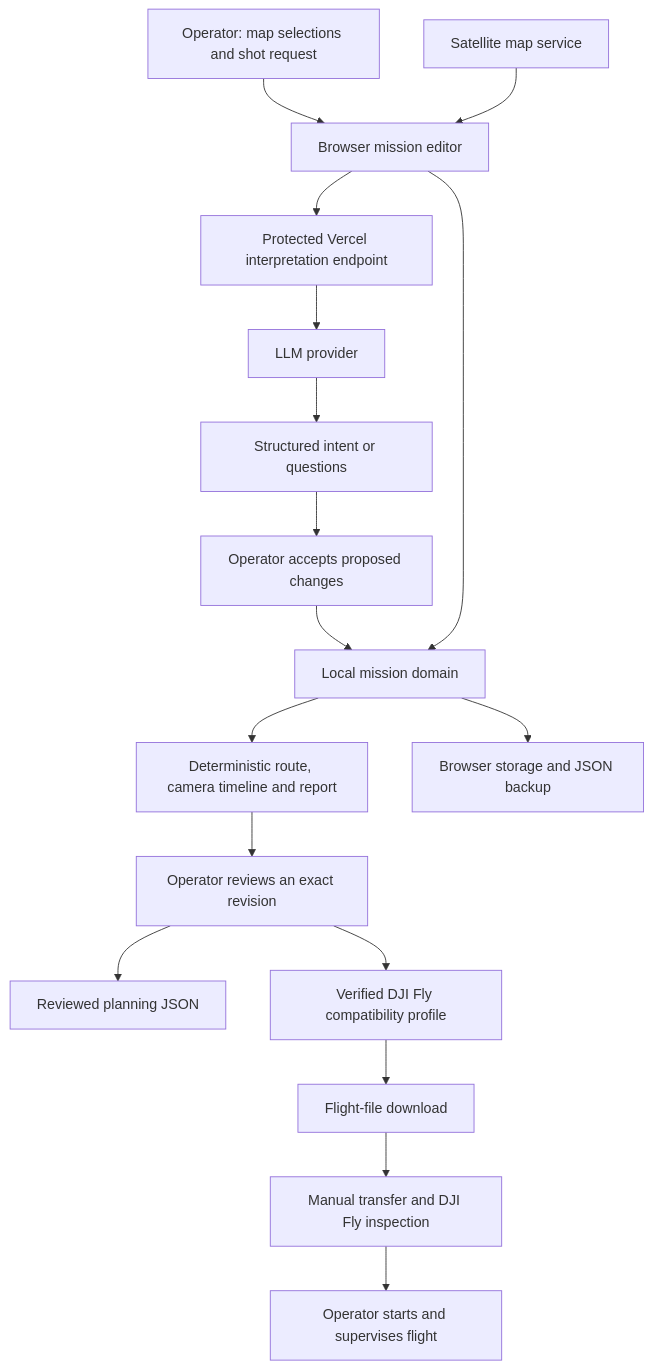
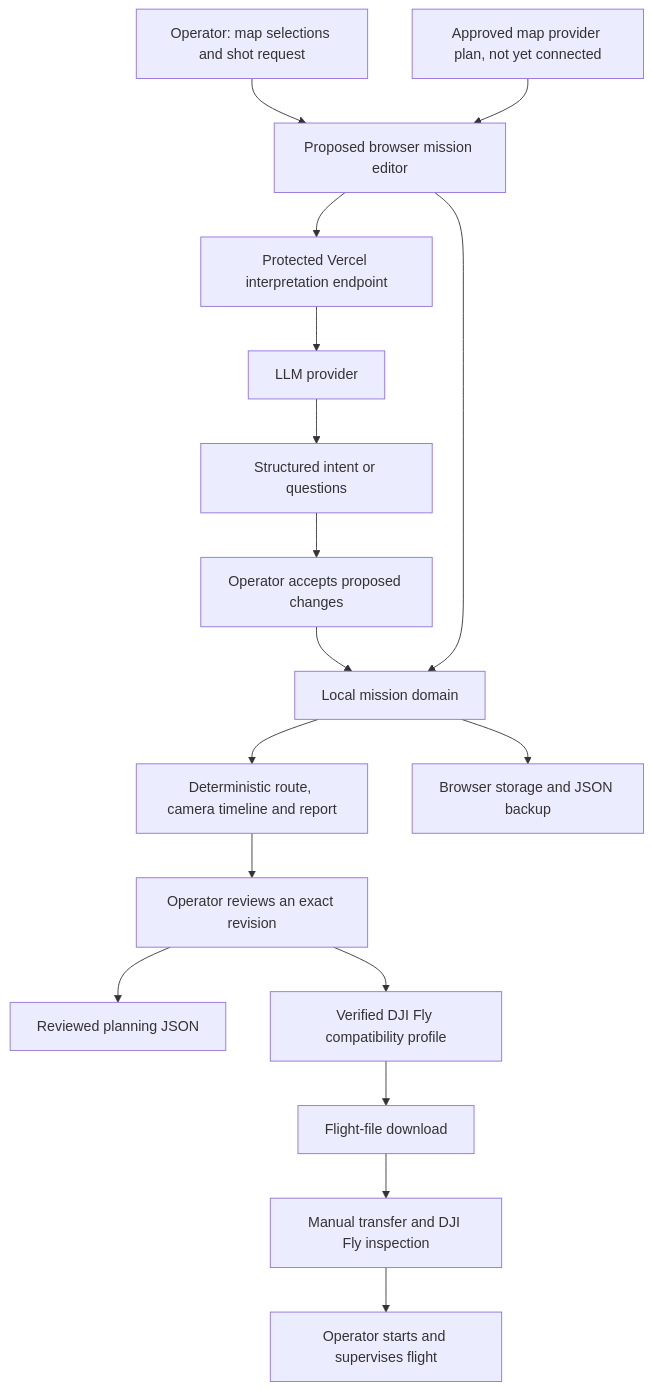
The diagram in README.md (larrytao05/drone), drawn with Mermaid before and after one commit. The commit also changed other lines of this file and 46 other files, not shown here.

````diff
--- a/README.md
+++ b/README.md
@@ -117,19 +145,19 @@
 ```mermaid
 flowchart TD
-    Operator[Operator: map selections and shot request] --> Editor[Browser mission editor]
-    Map[Satellite map service] --> Editor
+    Operator[Operator: map selections and shot request] --> Editor[Proposed browser mission editor]
+    Map[Approved map provider plan, not yet connected] --> Editor
     Editor --> Request[Protected Vercel interpretation endpoint]
     Request --> Model[LLM provider]
     Model --> Proposal[Structured intent or questions]
     Proposal --> Accept[Operator accepts proposed changes]
     Accept --> Mission[Local mission domain]
     Editor --> Mission
     Mission --> Preview[Deterministic route, camera timeline and report]
     Mission --> Storage[Browser storage and JSON backup]
     Preview --> Review[Operator reviews an exact revision]
     Review --> JSON[Reviewed planning JSON]
     Review --> Gate[Verified DJI Fly compatibility profile]
     Gate --> KMZ[Flight-file download]
     KMZ --> Transfer[Manual transfer and DJI Fly inspection]
     Transfer --> Flight[Operator starts and supervises flight]
 ```
````
